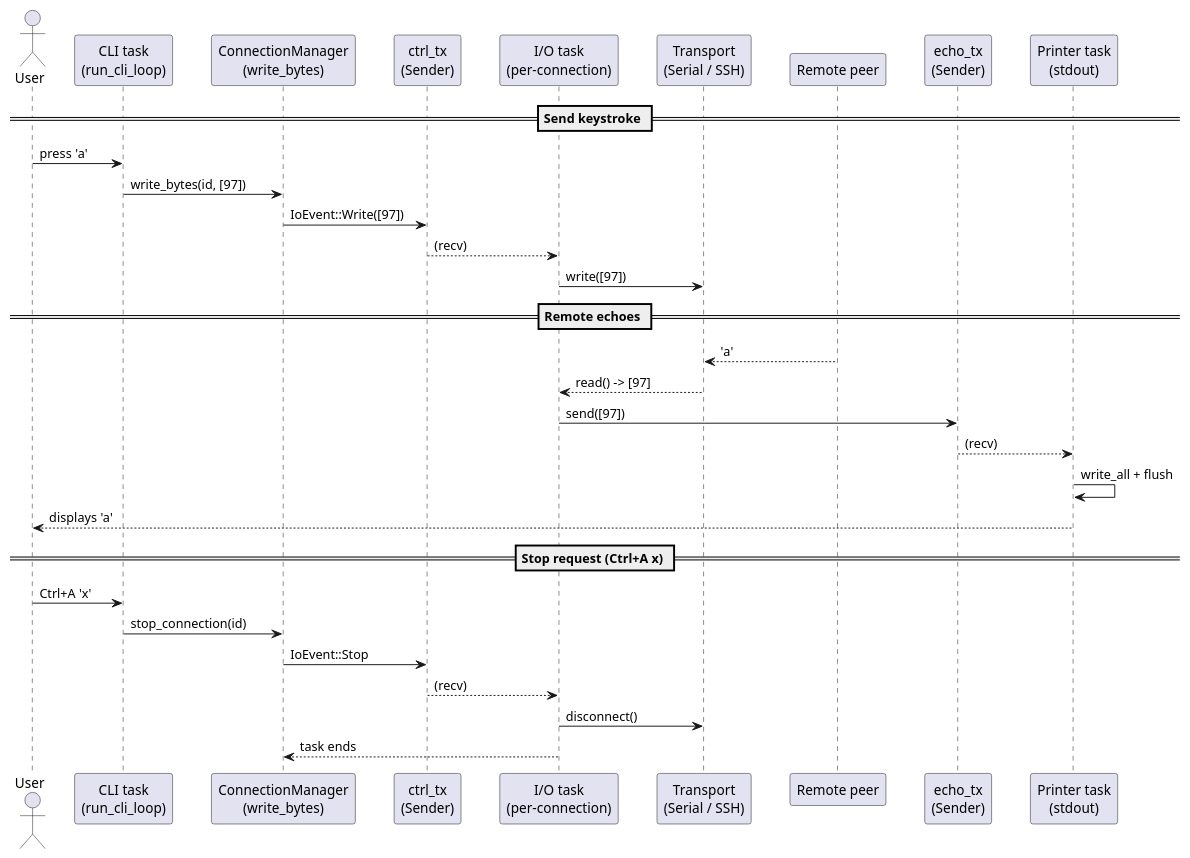
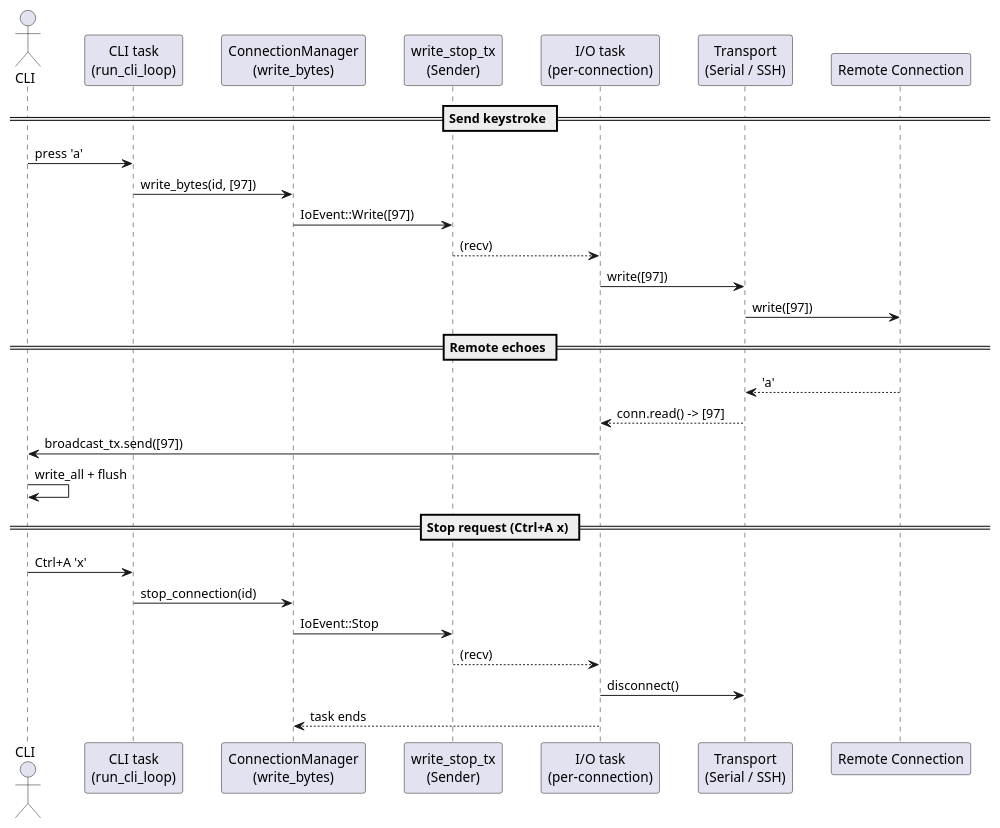
Before and after one commit to simon-rechermann/putty_rs_async: the diagram in docs/puml/message_sequence.puml, drawn with PlantUML.

Commit message:
Improve docs

```diff
--- a/docs/puml/message_sequence.puml
+++ b/docs/puml/message_sequence.puml
@@ -1,35 +1,32 @@
 @startuml Byte Flow
 skinparam participantPadding 15
-actor User            as U
+actor CLI            as U
 participant "CLI task\n(run_cli_loop)"          as CLI
 participant "ConnectionManager\n(write_bytes)" as CM
-participant "ctrl_tx\n(Sender)"                as CtrlTx
+participant "write_stop_tx\n(Sender)"          as CtrlTx
 participant "I/O task\n(per‑connection)"       as IO
 participant "Transport\n(Serial / SSH)"        as TR
-participant "Remote peer"                      as REM
-participant "echo_tx\n(Sender)"                as EchoTx
-participant "Printer task\n(stdout)"           as PT
+participant "Remote Connection"                      as REM
 
 == Send keystroke ==
 U  -> CLI   : press 'a'
 CLI -> CM   : write_bytes(id, [97])
 CM  -> CtrlTx : IoEvent::Write([97])
 CtrlTx --> IO : (recv)
 IO  -> TR   : write([97])
+TR  -> REM   : write([97])
 
 == Remote echoes ==
 REM --> TR  : 'a'
-TR --> IO   : read() -> [97]
-IO  -> EchoTx : send([97])
-EchoTx --> PT : (recv)
-PT  -> PT   : write_all + flush
-PT  --> U   : displays 'a'
+TR --> IO   : conn.read() -> [97]
+IO  -> U : broadcast_tx.send([97])
+U  -> U   : write_all + flush
 
 == Stop request (Ctrl+A x) ==
 U  -> CLI   : Ctrl+A 'x'
 CLI -> CM   : stop_connection(id)
 CM  -> CtrlTx : IoEvent::Stop
 CtrlTx --> IO : (recv)
 IO  -> TR   : disconnect()
 IO  --> CM  : task ends
 @enduml
```
